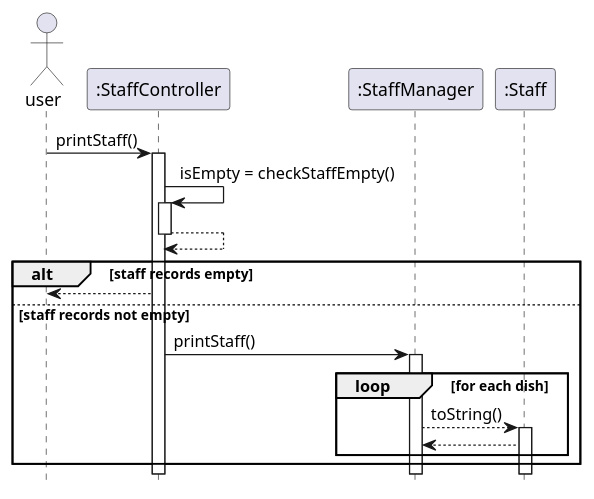
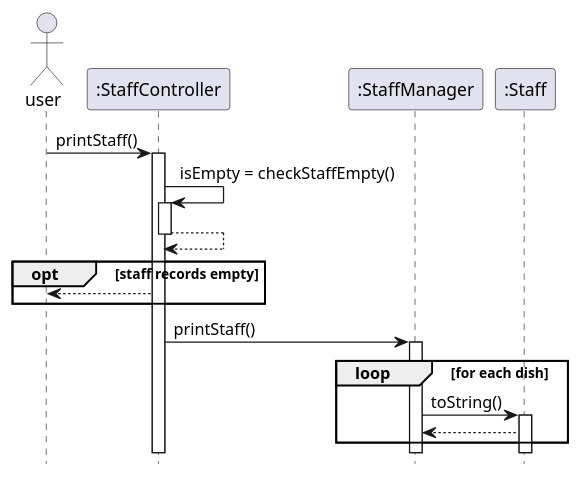
One commit to nus-cs2113-AY2122S2/tp changed the diagram in docs/uml/sequence/StaffManager_printStaff.puml. Above: the diagram before and after it, drawn with PlantUML. The commit also changed 28 other files, not shown here.

```diff
--- a/docs/uml/sequence/StaffManager_printStaff.puml
+++ b/docs/uml/sequence/StaffManager_printStaff.puml
@@ -1,33 +1,32 @@
 @startuml
 'https://plantuml.com/sequence-diagram
 
 hide footbox
 
 actor user
 participant ":StaffController" as staffcontroller
 participant ":StaffManager" as staffmanager
 participant ":Staff" as staff
 
 
 user -> staffcontroller: printStaff()
 activate staffcontroller
 
 staffcontroller -> staffcontroller: isEmpty = checkStaffEmpty()
 activate staffcontroller
 staffcontroller --> staffcontroller
 deactivate staffcontroller
 
-alt staff records empty
+opt staff records empty
 staffcontroller --> user
+end
 
-else staff records not empty
 staffcontroller->staffmanager: printStaff()
 activate staffmanager
 group loop [for each dish]
-staffmanager --> staff: toString()
+staffmanager -> staff: toString()
 activate staff
 staff --> staffmanager
-end
 
 end
 @enduml
```
